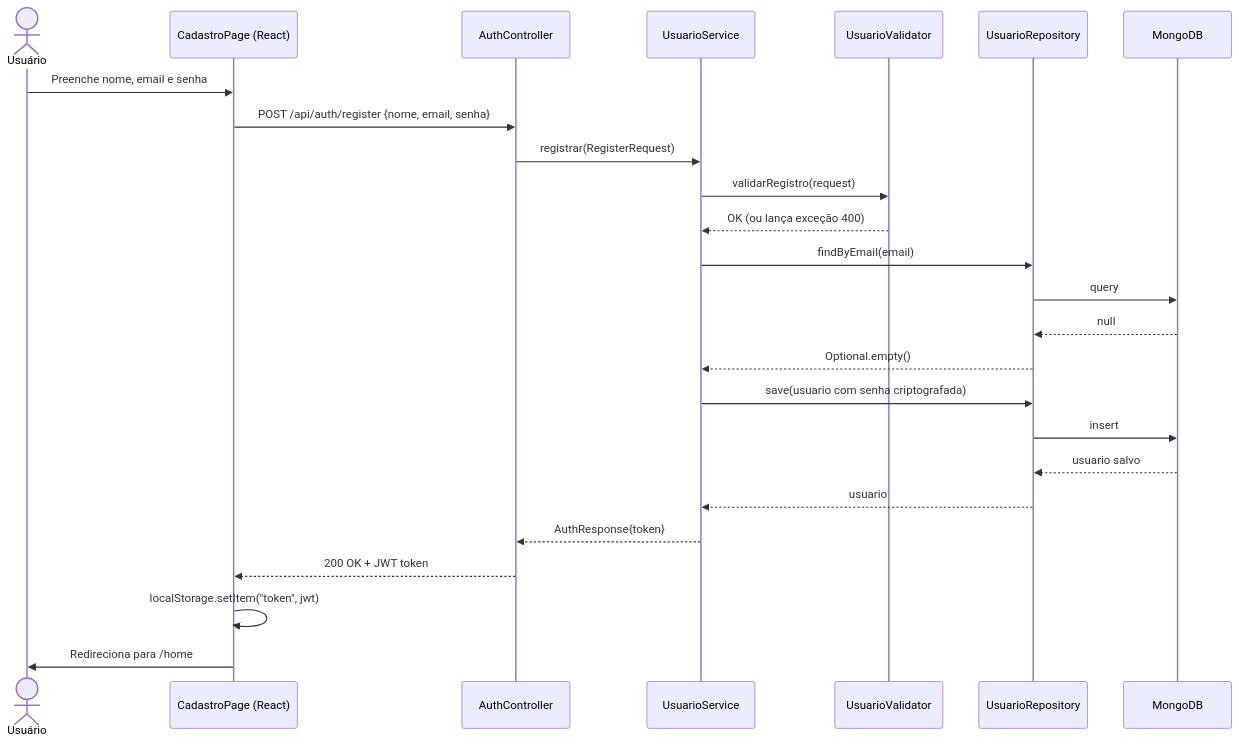
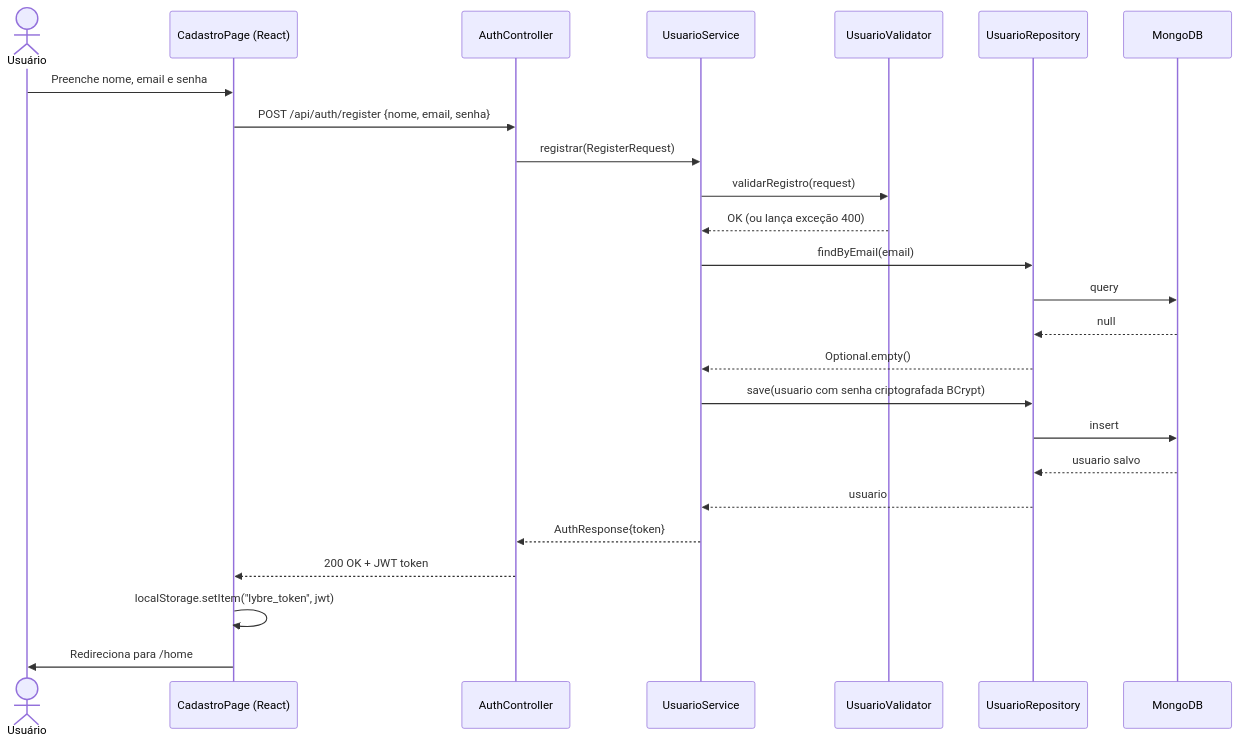
Before and after one commit to limmuz/biblioteca: the first of 20 diagrams in RTM.md, drawn with Mermaid. The commit also changed other lines of this file and 47 other files, not shown here.

````diff
--- a/RTM.md
+++ b/RTM.md
@@ -47,28 +47,28 @@
 ```mermaid
 sequenceDiagram
     actor U as Usuário
     participant F as CadastroPage (React)
     participant A as AuthController
     participant S as UsuarioService
     participant V as UsuarioValidator
     participant R as UsuarioRepository
     participant M as MongoDB
 
     U->>F: Preenche nome, email e senha
     F->>A: POST /api/auth/register {nome, email, senha}
     A->>S: registrar(RegisterRequest)
     S->>V: validarRegistro(request)
     V-->>S: OK (ou lança exceção 400)
     S->>R: findByEmail(email)
     R->>M: query
     M-->>R: null
     R-->>S: Optional.empty()
-    S->>R: save(usuario com senha criptografada)
+    S->>R: save(usuario com senha criptografada BCrypt)
     R->>M: insert
     M-->>R: usuario salvo
     R-->>S: usuario
     S-->>A: AuthResponse{token}
     A-->>F: 200 OK + JWT token
-    F->>F: localStorage.setItem("token", jwt)
+    F->>F: localStorage.setItem("lybre_token", jwt)
     F->>U: Redireciona para /home
 ```
````
